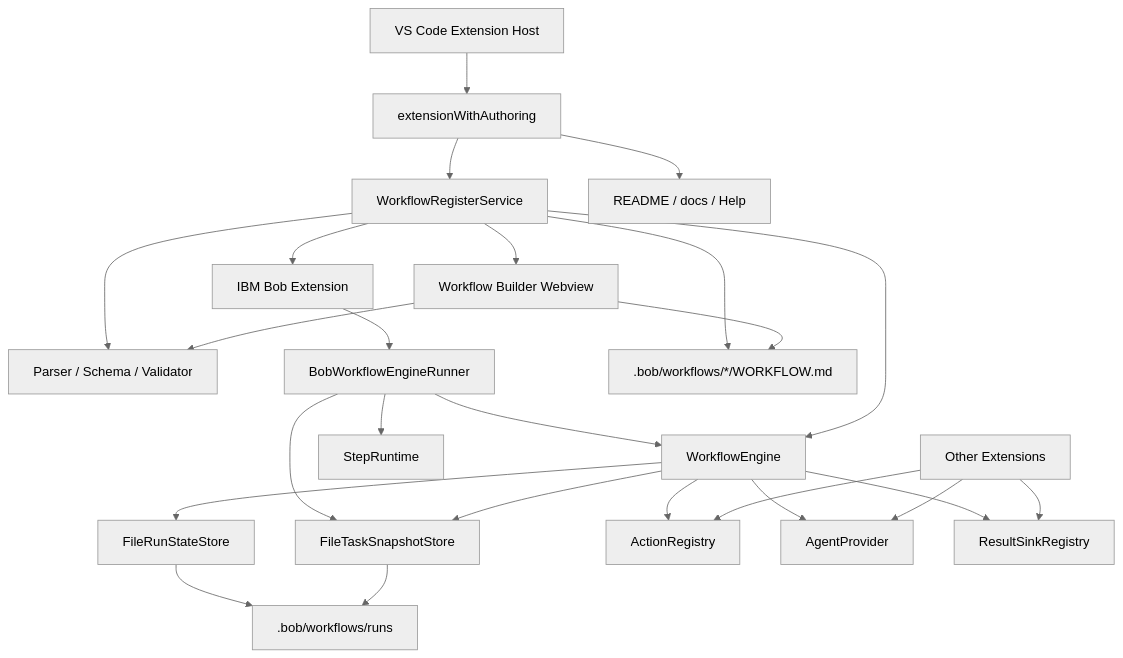
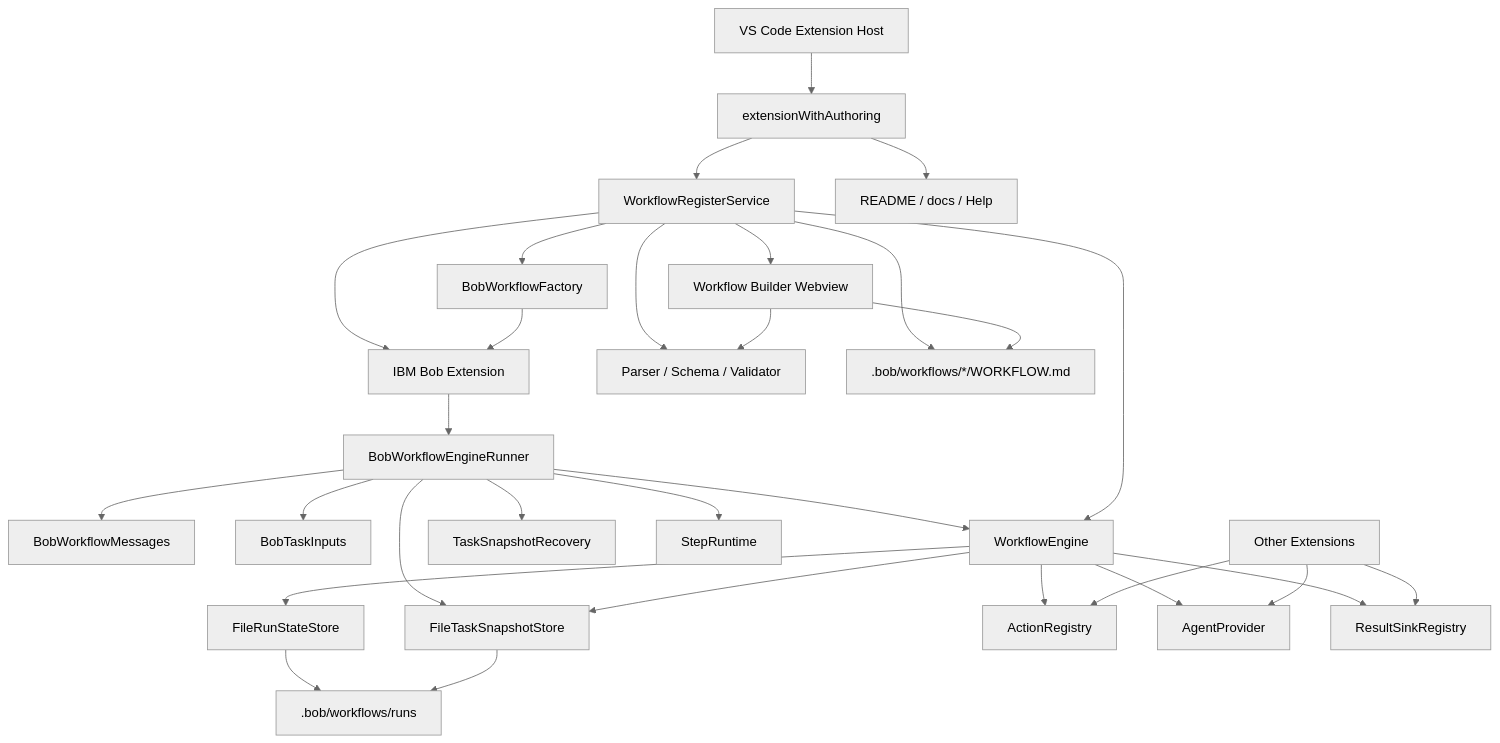
Before and after one commit to katamor1/CUSTUM_MODE: the diagram in v2/extensions/workflow-register/docs/basic-design-ja.md, drawn with Mermaid (neutral theme). The commit also changed other lines of this file and 82 other files, not shown here.

````diff
--- a/v2/extensions/workflow-register/docs/basic-design-ja.md
+++ b/v2/extensions/workflow-register/docs/basic-design-ja.md
@@ -67,46 +68,55 @@
 ```mermaid
 flowchart TD
   VSCode[VS Code Extension Host]
   Bob[IBM Bob Extension]
   Register[WorkflowRegisterService]
   Authoring[extensionWithAuthoring]
   Parser[Parser / Schema / Validator]
+  Factory[BobWorkflowFactory]
+  Messages[BobWorkflowMessages]
+  Inputs[BobTaskInputs]
   BobAdapter[BobWorkflowEngineRunner]
   Engine[WorkflowEngine]
   RunStore[FileRunStateStore]
   Snapshot[FileTaskSnapshotStore]
+  Recovery[TaskSnapshotRecovery]
   Action[ActionRegistry]
   Agent[AgentProvider]
   Sink[ResultSinkRegistry]
   StepRuntime[StepRuntime]
   Builder[Workflow Builder Webview]
   Help[README / docs / Help]
   Files[.bob/workflows/*/WORKFLOW.md]
   Runs[.bob/workflows/runs]
   Other[Other Extensions]
 
   VSCode --> Authoring
   Authoring --> Register
   Register --> Files
   Register --> Parser
   Register --> Bob
+  Register --> Factory
+  Factory --> Bob
   Bob --> BobAdapter
+  BobAdapter --> Inputs
+  BobAdapter --> Messages
   BobAdapter --> Engine
   BobAdapter --> StepRuntime
   BobAdapter --> Snapshot
+  BobAdapter --> Recovery
   Register --> Engine
   Engine --> RunStore
   Engine --> Action
   Engine --> Agent
   Engine --> Sink
   Engine --> Snapshot
   RunStore --> Runs
   Snapshot --> Runs
   Register --> Builder
   Builder --> Parser
   Builder --> Files
   Authoring --> Help
   Other --> Action
   Other --> Agent
   Other --> Sink
 ```
````
